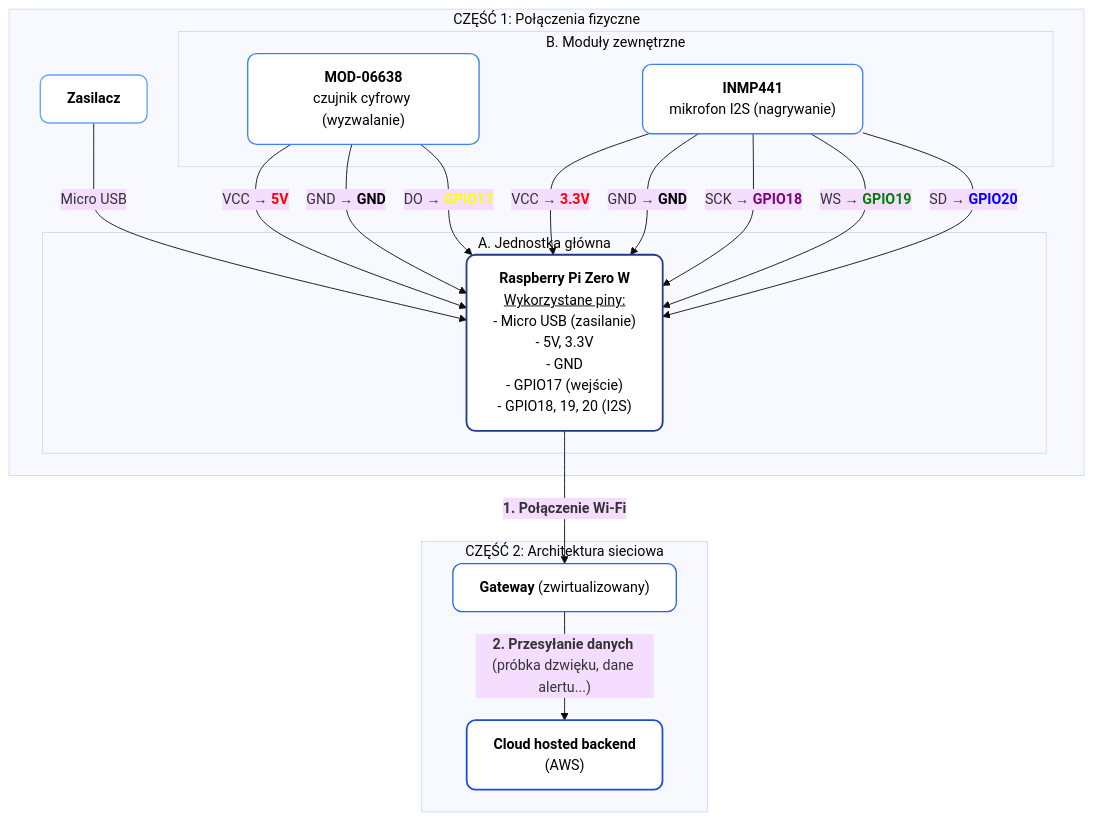
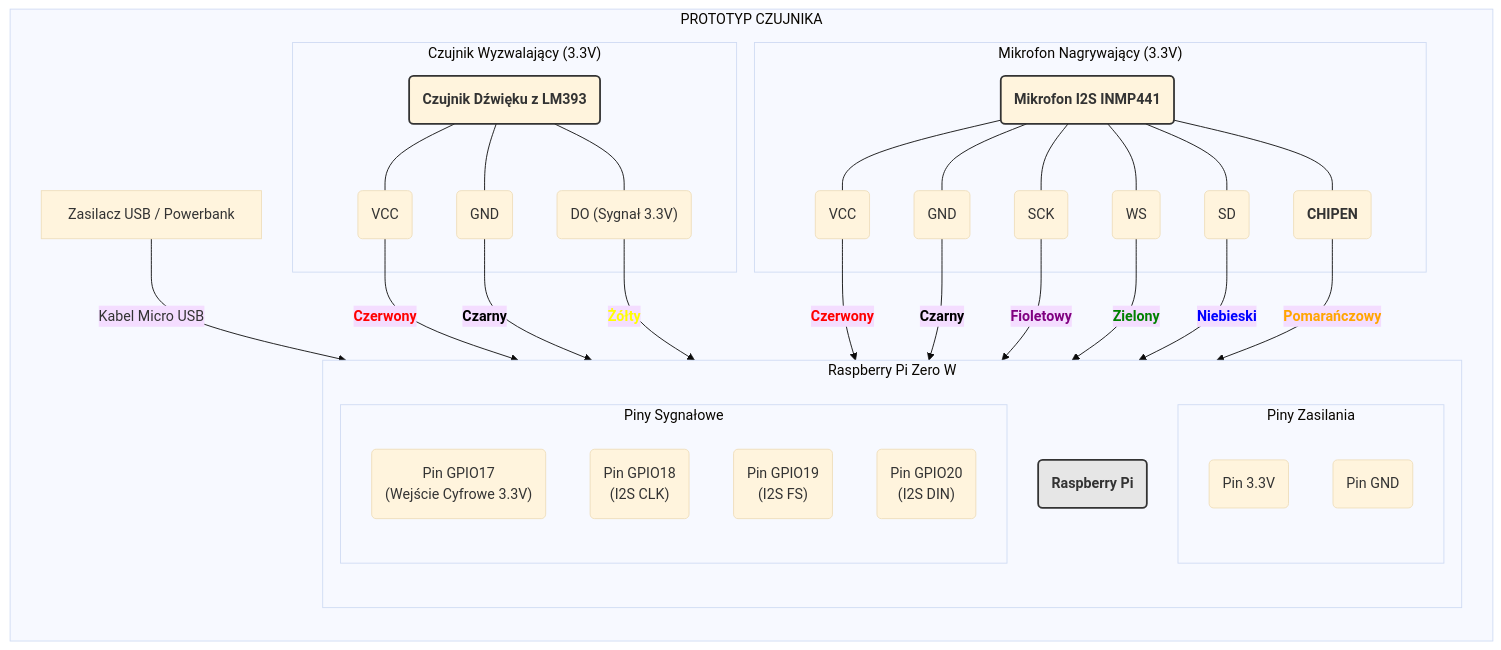
Before and after one commit to maciej-klimek/sound-based-forest-monitoring: the diagram in notes/hardware_scheme_and_list_DRAFT.md, drawn with Mermaid (base theme). The commit also changed other lines of this file, not shown here.

Commit message:
Update hardware list and connection diagram

````diff
--- a/notes/hardware_scheme_and_list_DRAFT.md
+++ b/notes/hardware_scheme_and_list_DRAFT.md
@@ -73,54 +77,58 @@
 ```mermaid
-graph TD
-    %% ================================================================
-    %% CZĘŚĆ 1: POŁĄCZENIA FIZYCZNE
-    %% ================================================================
-    subgraph "CZĘŚĆ 1: Połączenia fizyczne"
-    
-        subgraph "A. Jednostka główna"
-            RPI["<b>Raspberry Pi Zero W</b><br><u>Wykorzystane piny:</u><br>- Micro USB (zasilanie)<br>- 5V, 3.3V<br>- GND<br>- GPIO17 (wejście)<br>- GPIO18, 19, 20 (I2S)"]
+graph LR
+    subgraph "PROTOTYP CZUJNIKA"
+
+        %% Definicja głównej płytki - serca układu
+        subgraph "Raspberry Pi Zero W"
+            direction TB
+            RPI("<b>Raspberry Pi</b>")
+            
+            subgraph "Piny Zasilania"
+                Pin3V3("Pin 3.3V")
+                PinGND("Pin GND")
+            end
+
+            subgraph "Piny Sygnałowe"
+                PinGPIO17("Pin GPIO17<br>(Wejście Cyfrowe 3.3V)")
+                PinGPIO18("Pin GPIO18<br>(I2S CLK)")
+                PinGPIO19("Pin GPIO19<br>(I2S FS)")
+                PinGPIO20("Pin GPIO20<br>(I2S DIN)")
+            end
         end
 
-        subgraph "B. Moduły zewnętrzne"
-            MicDigital["<b>MOD-06638</b><br>czujnik cyfrowy (wyzwalanie)"]
-            MicI2S["<b>INMP441</b><br>mikrofon I2S (nagrywanie)"]
+        %% Definicja komponentów zewnętrznych
+        subgraph "Czujnik Wyzwalający (3.3V)"
+            MicDigital3V3("<b>Czujnik Dźwięku z LM393</b><br><i></i>")
+            MicDigital3V3 --- VCC1("VCC") & GND1("GND") & DO("DO (Sygnał 3.3V)")
+        end
+
+        subgraph "Mikrofon Nagrywający (3.3V)"
+            MicI2S("<b>Mikrofon I2S INMP441</b>")
+            MicI2S --- VCC2("VCC") & GND2("GND") & SCK("SCK") & WS("WS") & SD("SD") & CHIPEN("<b>CHIPEN</b>")
         end
         
-        Zasilacz["<b>Zasilacz</b>"] -- "Micro USB" --> RPI
+        Zasilacz["Zasilacz USB / Powerbank"] -- "Kabel Micro USB" --> RPI
 
-        %% Połączenia (kable)
-        MicDigital -- "VCC → <b><font color=red>5V</font></b>" --> RPI
-        MicDigital -- "GND → <b><font color=black>GND</font></b>" --> RPI
-        MicDigital -- "DO → <b><font color=yellow>GPIO17</font></b>" --> RPI
+        %% === POŁĄCZENIA (MAKSYMALNIE UPROSZCZONE) ===
+        %% Zasilanie nowego czujnika dźwięku
+        VCC1 -- "<b><font color=red>Czerwony" --> Pin3V3
+        GND1 -- "<b><font color=black>Czarny" --> PinGND
+        
+        %% Bezpośrednie i bezpieczne połączenie sygnału
+        DO -- "<b><font color=yellow>Żółty" --> PinGPIO17
 
-        MicI2S -- "VCC → <b><font color=red>3.3V</font></b>" --> RPI
-        MicI2S -- "GND → <b><font color=black>GND</font></b>" --> RPI
-        MicI2S -- "SCK → <b><font color=purple>GPIO18</font></b>" --> RPI
-        MicI2S -- "WS → <b><font color=green>GPIO19</font></b>" --> RPI
-        MicI2S -- "SD → <b><font color=blue>GPIO20</font></b>" --> RPI
+        %% Połączenia mikrofonu I2S (pozostają bez zmian)
+        VCC2 -- "<b><font color=red>Czerwony" --> Pin3V3
+        GND2 -- "<b><font color=black>Czarny" --> PinGND
+        SCK  -- "<b><font color=purple>Fioletowy" --> PinGPIO18
+        WS   -- "<b><font color=green>Zielony" --> PinGPIO19
+        SD   -- "<b><font color=blue>Niebieski" --> PinGPIO20
+        CHIPEN -- "<b><font color=orange>Pomarańczowy" --> Pin3V3
+
     end
 
-    %% ================================================================
-    %% CZĘŚĆ 2: ARCHITEKTURA SIECIOWA
-    %% ================================================================
-    subgraph "CZĘŚĆ 2: Architektura sieciowa"
-        Router["<b>Gateway</b> (zwirtualizowany)"]
-        Backend["<b>Cloud hosted backend</b><br>(AWS)"]
-    end
-
-    %% Przepływ danych
-    RPI -- "<b>1. Połączenie Wi-Fi</b>" --> Router
-    Router -- "<b>2. Przesyłanie danych </b>(próbka dzwięku, dane alertu...)" --> Backend
-    
-    %% ================================================================
-    %% STYL
-    %% ================================================================
-    style RPI fill:#ffffff,stroke:#1e3a8a,stroke-width:2px,rx:10,ry:10
-    style MicDigital fill:#ffffff,stroke:#3b82f6,stroke-width:1.5px,rx:10,ry:10
-    style MicI2S fill:#ffffff,stroke:#3b82f6,stroke-width:1.5px,rx:10,ry:10
-    style Zasilacz fill:#ffffff,stroke:#60a5fa,stroke-width:1.5px,rx:10,ry:10
-    style Router fill:#ffffff,stroke:#2563eb,stroke-width:1.5px,rx:10,ry:10
-    style Backend fill:#ffffff,stroke:#1d4ed8,stroke-width:2px,rx:10,ry:10
-
-    classDef default fill:#ffffff,stroke:#3b82f6,color:#000,font-weight:400
+    %% Style dla czytelności
+    style RPI fill:#e6e6e6,stroke:#333,stroke-width:2px
+    style MicDigital3V3 fill:#lightblue,stroke:#333,stroke-width:2px
+    style MicI2S fill:#lightgreen,stroke:#333,stroke-width:2px
 ```
````
